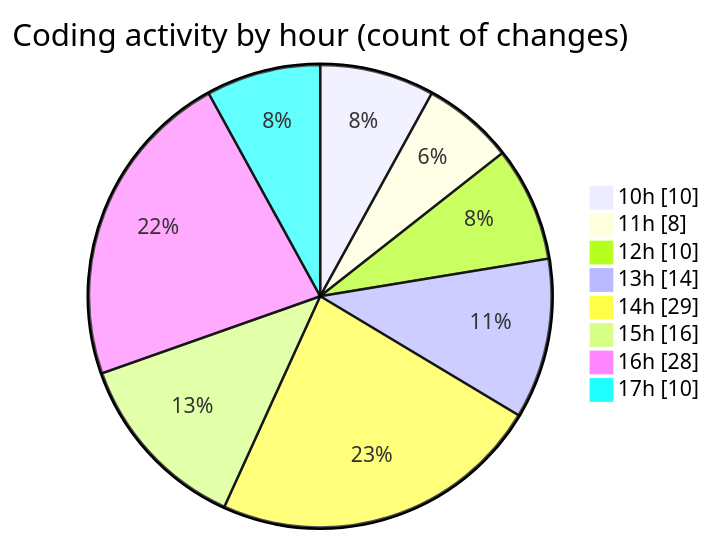
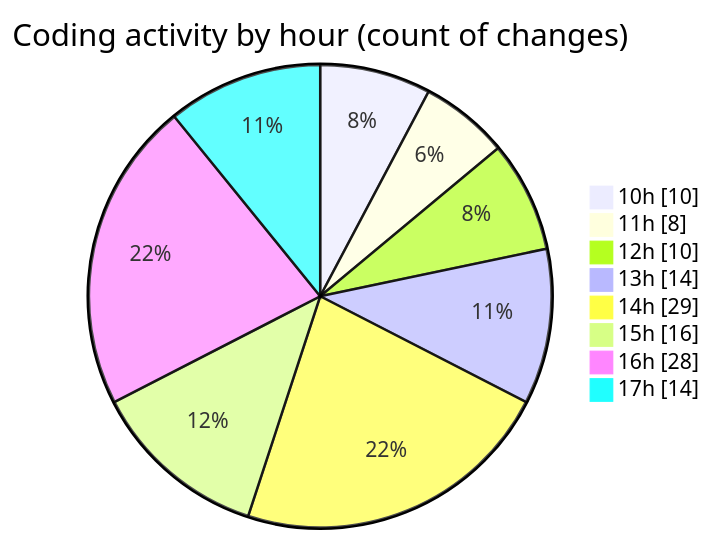
The second of 2 diagrams in 2025-07-29/nxtqube_webapp/README.md (nxtqubesakshisongat/code-tracking), drawn with Mermaid before and after one commit. The commit also changed other lines of this file and 1 other file, not shown here.

````diff
--- a/2025-07-29/nxtqube_webapp/README.md
+++ b/2025-07-29/nxtqube_webapp/README.md
@@ -40,12 +40,12 @@
 ```mermaid
 pie showData
 title Coding activity by hour (count of changes)
 "10h" : 10
 "11h" : 8
 "12h" : 10
 "13h" : 14
 "14h" : 29
 "15h" : 16
 "16h" : 28
-"17h" : 10
+"17h" : 14
 ```
````
